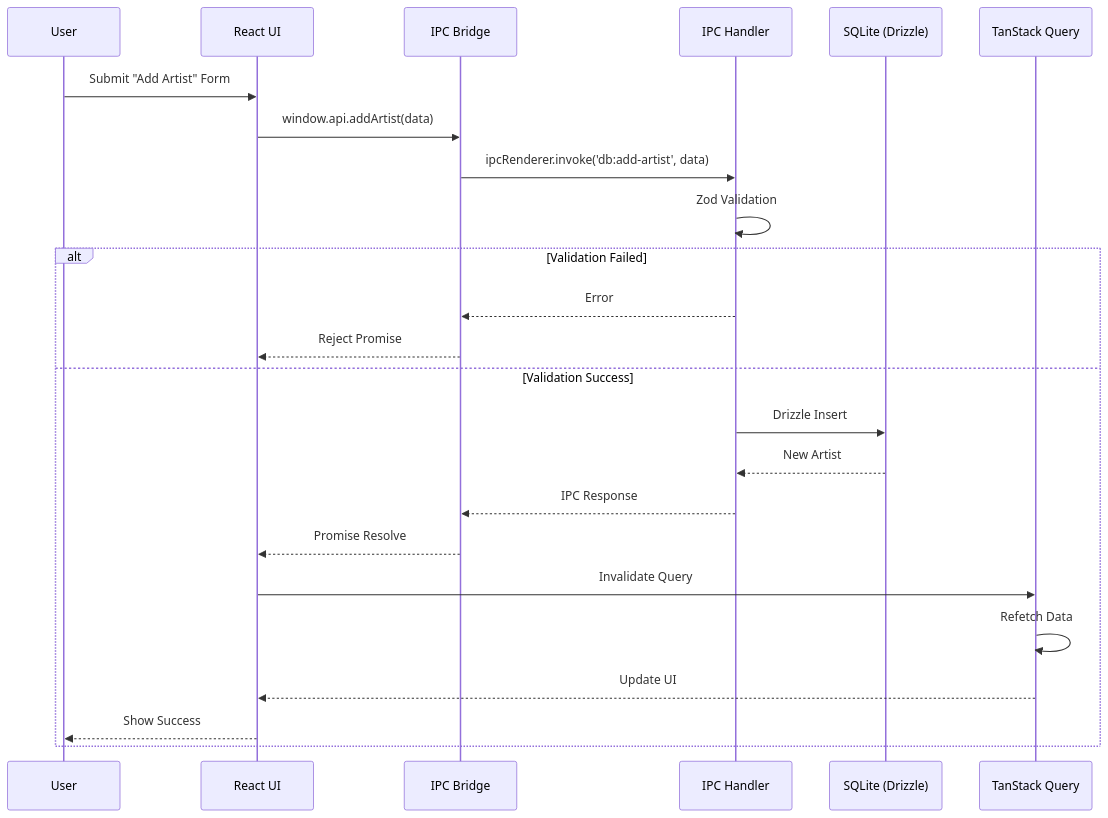
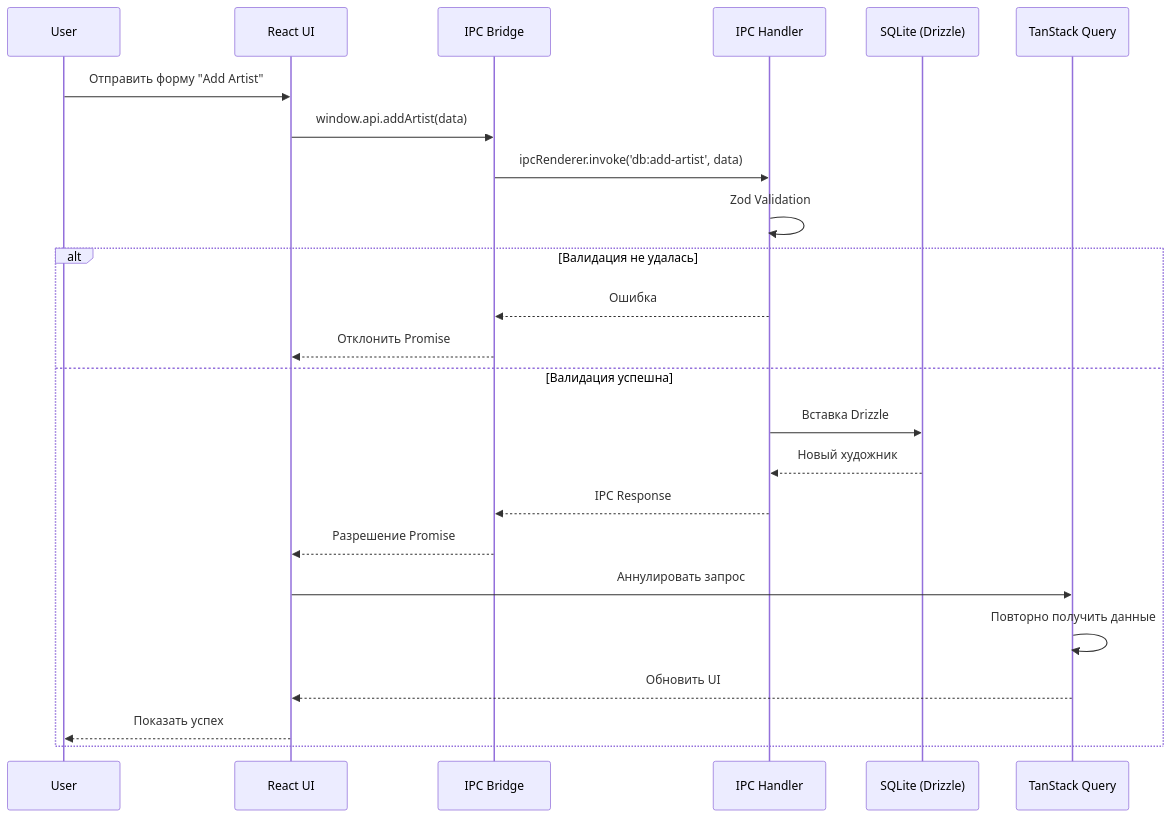
Before and after one commit to KazeKaze93/RuleDesk: the eighth of 11 diagrams in .docs-i18n/ru/docs/architecture.md, drawn with Mermaid. The commit also changed other lines of this file and 10 other files, not shown here.

````diff
--- a/.docs-i18n/ru/docs/architecture.md
+++ b/.docs-i18n/ru/docs/architecture.md
@@ -894,27 +916,27 @@
 ```mermaid
 sequenceDiagram
     participant User
     participant ReactUI as React UI
     participant Bridge as IPC Bridge
     participant IPC as IPC Handler
     participant DB as SQLite (Drizzle)
     participant ReactQuery as TanStack Query
 
-    User->>ReactUI: Submit "Add Artist" Form
+    User->>ReactUI: Отправить форму "Add Artist"
     ReactUI->>Bridge: window.api.addArtist(data)
     Bridge->>IPC: ipcRenderer.invoke('db:add-artist', data)
     IPC->>IPC: Zod Validation
-    alt Validation Failed
-        IPC-->>Bridge: Error
-        Bridge-->>ReactUI: Reject Promise
-    else Validation Success
-        IPC->>DB: Drizzle Insert
-        DB-->>IPC: New Artist
+    alt Валидация не удалась
+        IPC-->>Bridge: Ошибка
+        Bridge-->>ReactUI: Отклонить Promise
+    else Валидация успешна
+        IPC->>DB: Вставка Drizzle
+        DB-->>IPC: Новый художник
         IPC-->>Bridge: IPC Response
-        Bridge-->>ReactUI: Promise Resolve
-        ReactUI->>ReactQuery: Invalidate Query
-        ReactQuery->>ReactQuery: Refetch Data
-        ReactQuery-->>ReactUI: Update UI
-        ReactUI-->>User: Show Success
+        Bridge-->>ReactUI: Разрешение Promise
+        ReactUI->>ReactQuery: Аннулировать запрос
+        ReactQuery->>ReactQuery: Повторно получить данные
+        ReactQuery-->>ReactUI: Обновить UI
+        ReactUI-->>User: Показать успех
     end
 ```
````
